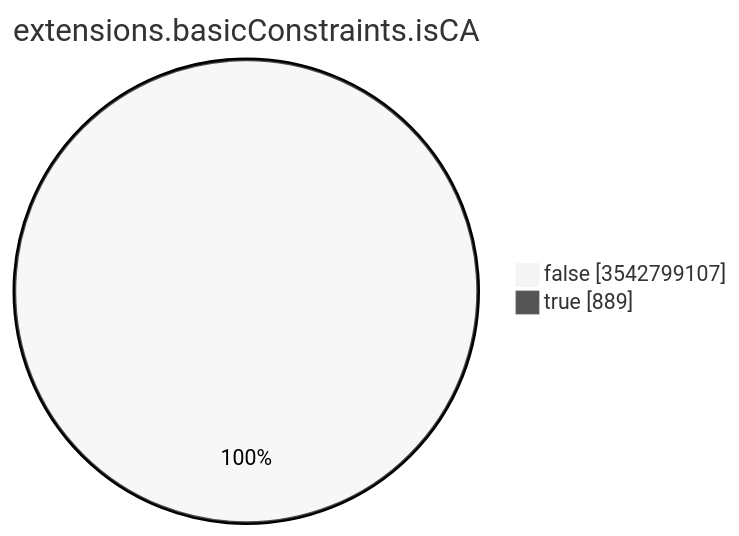
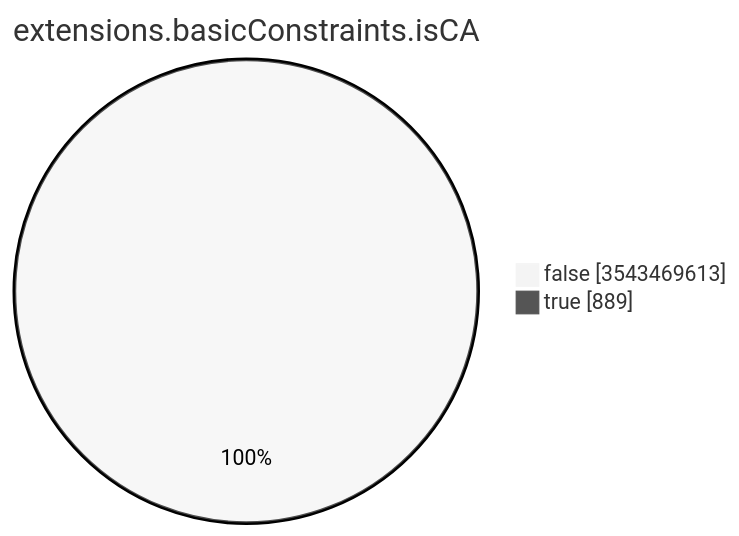
The seventh of 15 diagrams in TOTAL/README.md (christiankrug/ctmonitor_visualization), drawn with Mermaid (neutral theme) before and after one commit. The commit also changed other lines of this file, not shown here.

````diff
--- a/TOTAL/README.md
+++ b/TOTAL/README.md
@@ -3094,6 +3094,6 @@
 ```mermaid
 pie showData
 title extensions.basicConstraints.isCA
-"false" :3542799107
+"false" :3543469613
 "true" :889
 ```
````
